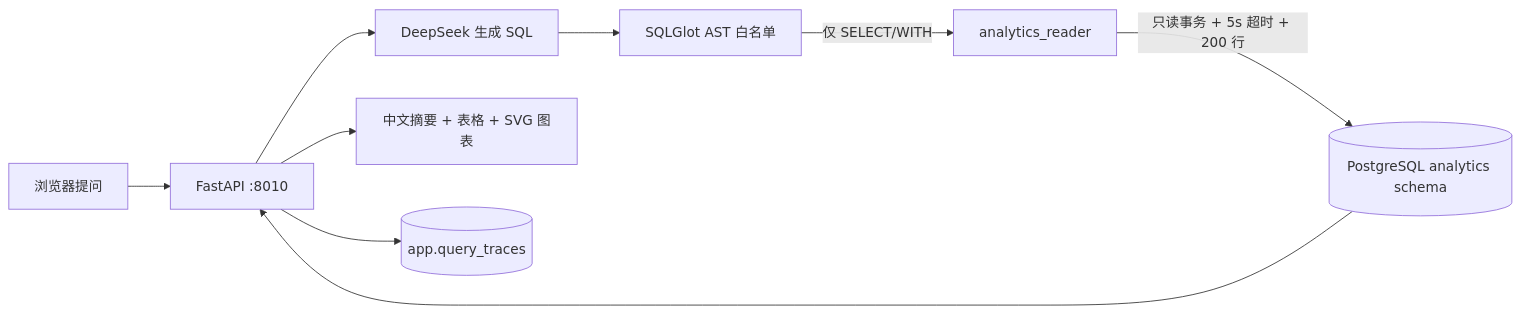
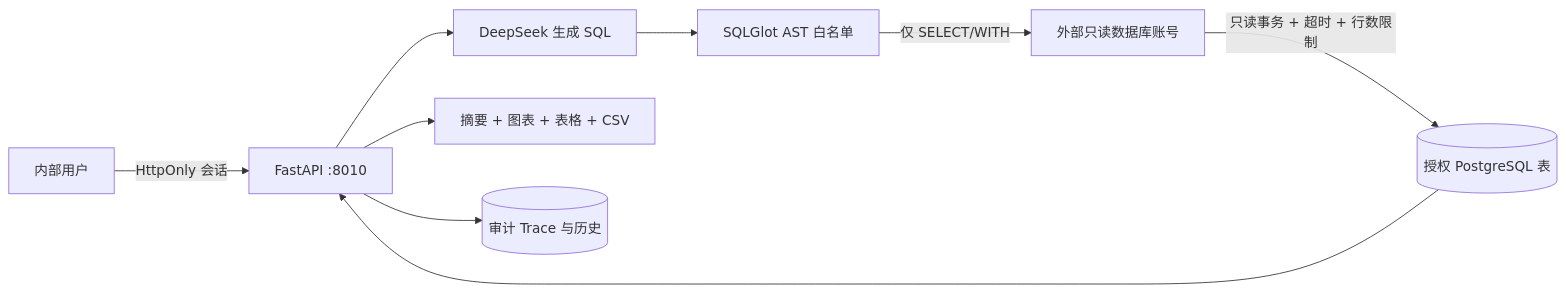
Before and after one commit to zhli3424-prog/sql-analytics-agent: the diagram in README.md, drawn with Mermaid. The commit also changed other lines of this file and 18 other files, not shown here.

````diff
--- a/README.md
+++ b/README.md
@@ -19,11 +33,11 @@
 ```mermaid
 flowchart LR
-    U["浏览器提问"] --> API["FastAPI :8010"]
+    U["内部用户"] -->|"HttpOnly 会话"| API["FastAPI :8010"]
     API --> LLM["DeepSeek 生成 SQL"]
     LLM --> V["SQLGlot AST 白名单"]
-    V -->|"仅 SELECT/WITH"| R["analytics_reader"]
-    R -->|"只读事务 + 5s 超时 + 200 行"| PG[("PostgreSQL analytics schema")]
+    V -->|"仅 SELECT/WITH"| R["外部只读数据库账号"]
+    R -->|"只读事务 + 超时 + 行数限制"| PG[("授权 PostgreSQL 表")]
     PG --> API
-    API --> S["中文摘要 + 表格 + SVG 图表"]
-    API --> T[("app.query_traces")]
+    API --> UI["摘要 + 图表 + 表格 + CSV"]
+    API --> T[("审计 Trace 与历史")]
 ```
````
